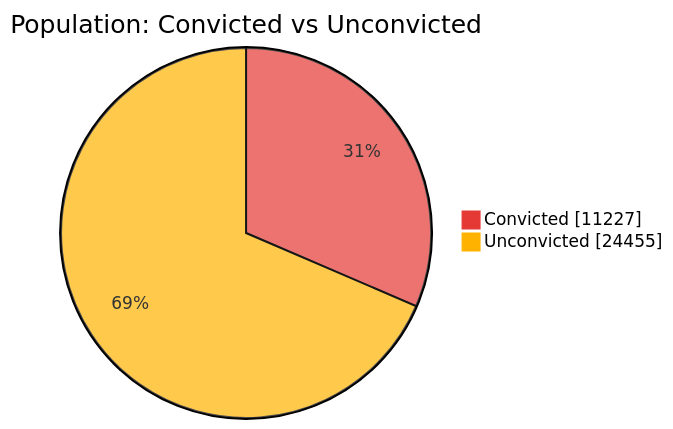
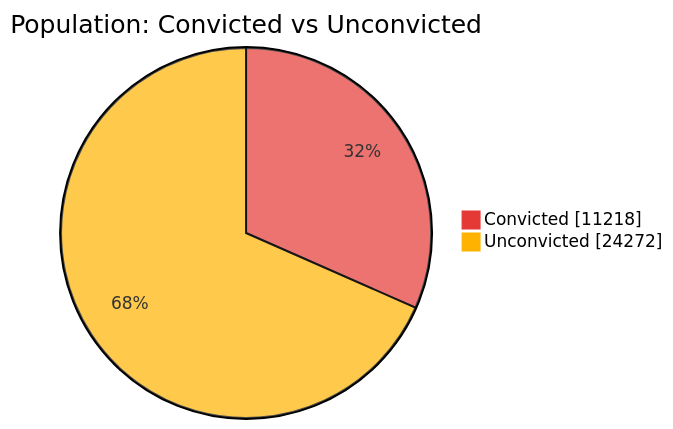
One commit to nuuuwan/lk_prisons changed the first of 7 diagrams in README.md. Above: the diagram before and after it, drawn with Mermaid. The commit also changed other lines of this file and 1 other file, not shown here.

````diff
--- a/README.md
+++ b/README.md
@@ -43,6 +43,6 @@
 ```mermaid
 %%{init: {'themeVariables': {'pie1': '#E53935', 'pie2': '#FFB300'}}}%%
 pie showData title Population: Convicted vs Unconvicted
-    "Convicted" : 11227
-    "Unconvicted" : 24455
+    "Convicted" : 11218
+    "Unconvicted" : 24272
 ```
````
